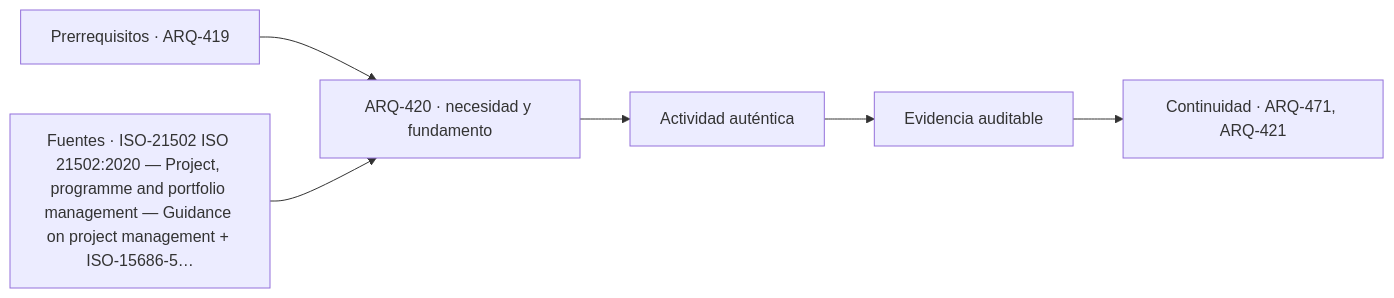
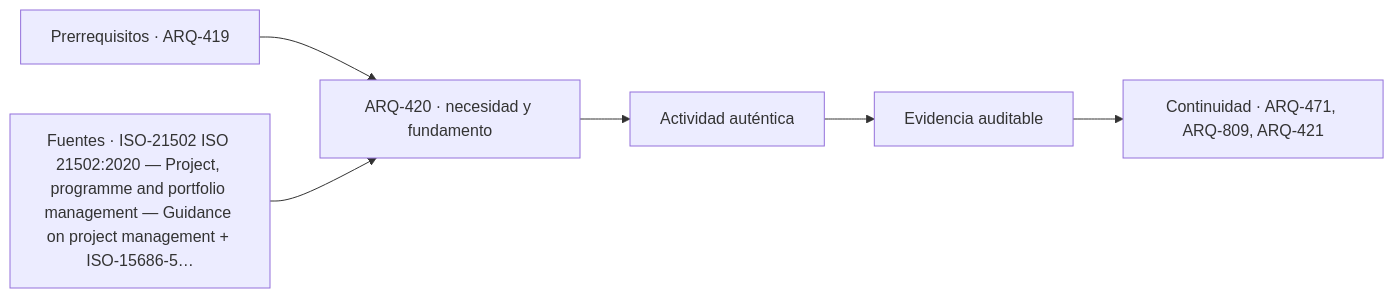
The diagram in classes/parte-42/ARQ-420.md (vladimiracunadev-create/architecture-built-environment-learning-program), drawn with Mermaid before and after one commit. The commit also changed other lines of this file and 234 other files, not shown here.

````diff
--- a/classes/parte-42/ARQ-420.md
+++ b/classes/parte-42/ARQ-420.md
@@ -87,8 +87,8 @@
 ```mermaid
 flowchart LR
     A["Prerrequisitos · ARQ-419"] --> B["ARQ-420 · necesidad y fundamento"]
     S["Fuentes · ISO-21502 ISO 21502:2020 — Project, programme and portfolio management — Guidance on project management + ISO-15686-5…"] --> B
     B --> C["Actividad auténtica"]
     C --> D["Evidencia auditable"]
-    D --> E["Continuidad · ARQ-471, ARQ-421"]
+    D --> E["Continuidad · ARQ-471, ARQ-809, ARQ-421"]
 ```
````
